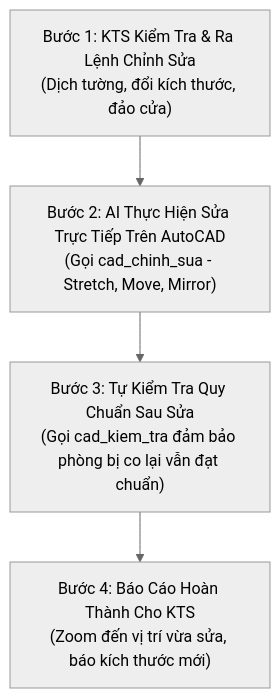
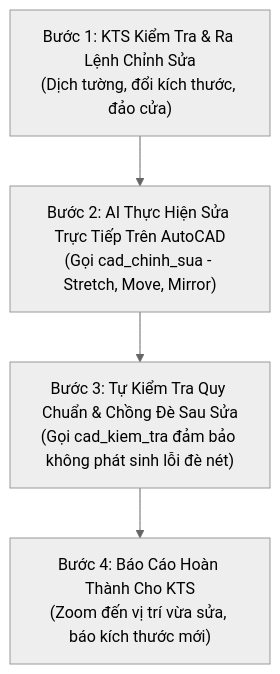
Before and after one commit to haianhdskt-boop/autocad-ai-mcp: the second of 2 diagrams in WORKFLOW.md, drawn with Mermaid (neutral theme). The commit also changed other lines of this file and 6 other files, not shown here.

````diff
--- a/WORKFLOW.md
+++ b/WORKFLOW.md
@@ -101,6 +132,6 @@
 ```mermaid
 flowchart TD
     M1["Bước 1: KTS Kiểm Tra & Ra Lệnh Chỉnh Sửa\n(Dịch tường, đổi kích thước, đảo cửa)"] --> M2["Bước 2: AI Thực Hiện Sửa Trực Tiếp Trên AutoCAD\n(Gọi cad_chinh_sua - Stretch, Move, Mirror)"]
-    M2 --> M3["Bước 3: Tự Kiểm Tra Quy Chuẩn Sau Sửa\n(Gọi cad_kiem_tra đảm bảo phòng bị co lại vẫn đạt chuẩn)"]
+    M2 --> M3["Bước 3: Tự Kiểm Tra Quy Chuẩn & Chồng Đè Sau Sửa\n(Gọi cad_kiem_tra đảm bảo không phát sinh lỗi đè nét)"]
     M3 --> M4["Bước 4: Báo Cáo Hoàn Thành Cho KTS\n(Zoom đến vị trí vừa sửa, báo kích thước mới)"]
 ```
````
